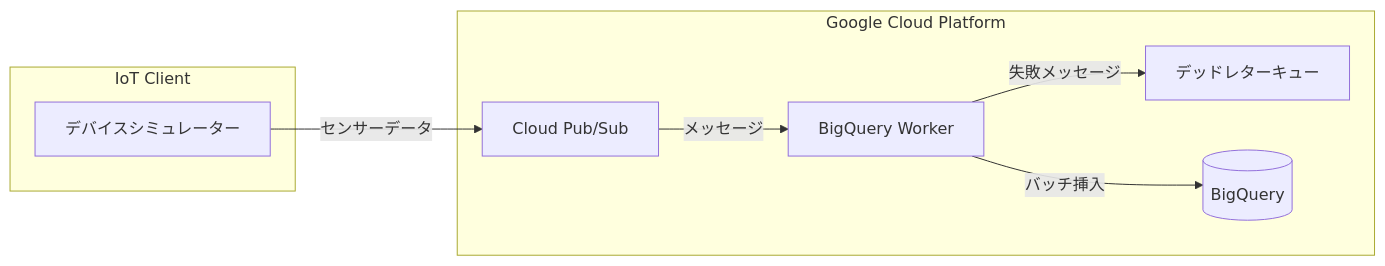
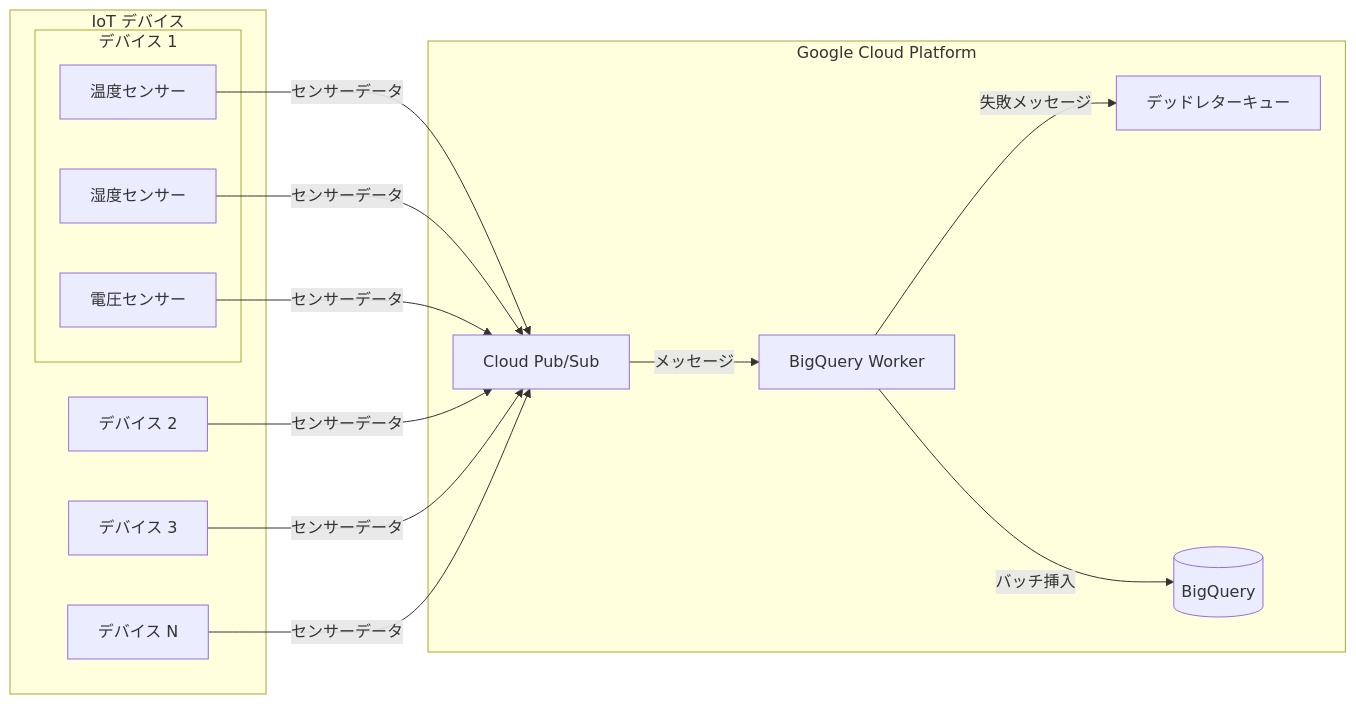
Before and after one commit to ThaddeusJiang/sensor_logs: the diagram in README-ja.md, drawn with Mermaid. The commit also changed other lines of this file and 2 other files, not shown here.

Commit message:
docs: Update README diagrams to show multiple IoT devices and sensors

````diff
--- a/README-ja.md
+++ b/README-ja.md
@@ -11,18 +11,29 @@
 ```mermaid
 graph LR
-    subgraph "IoT Client"
-        D[デバイスシミュレーター]
+    subgraph "IoT デバイス"
+        subgraph "デバイス 1"
+            S1[温度センサー]
+            S2[湿度センサー]
+            S3[電圧センサー]
+        end
+
+        D2[デバイス 2]
+
+        D3[デバイス 3]
+
+        D4[デバイス N]
     end
 
     subgraph "Google Cloud Platform"
         PS[Cloud Pub/Sub]
         DLQ[デッドレターキュー]
         W[BigQuery Worker]
         BQ[(BigQuery)]
     end
 
-    D -->|センサーデータ| PS
+    S1 & S2 & S3 -->|センサーデータ| PS
+    D2 & D3 & D4 -->|センサーデータ| PS
     PS -->|メッセージ| W
     W -->|失敗メッセージ| DLQ
     W -->|バッチ挿入| BQ
 ```
````
